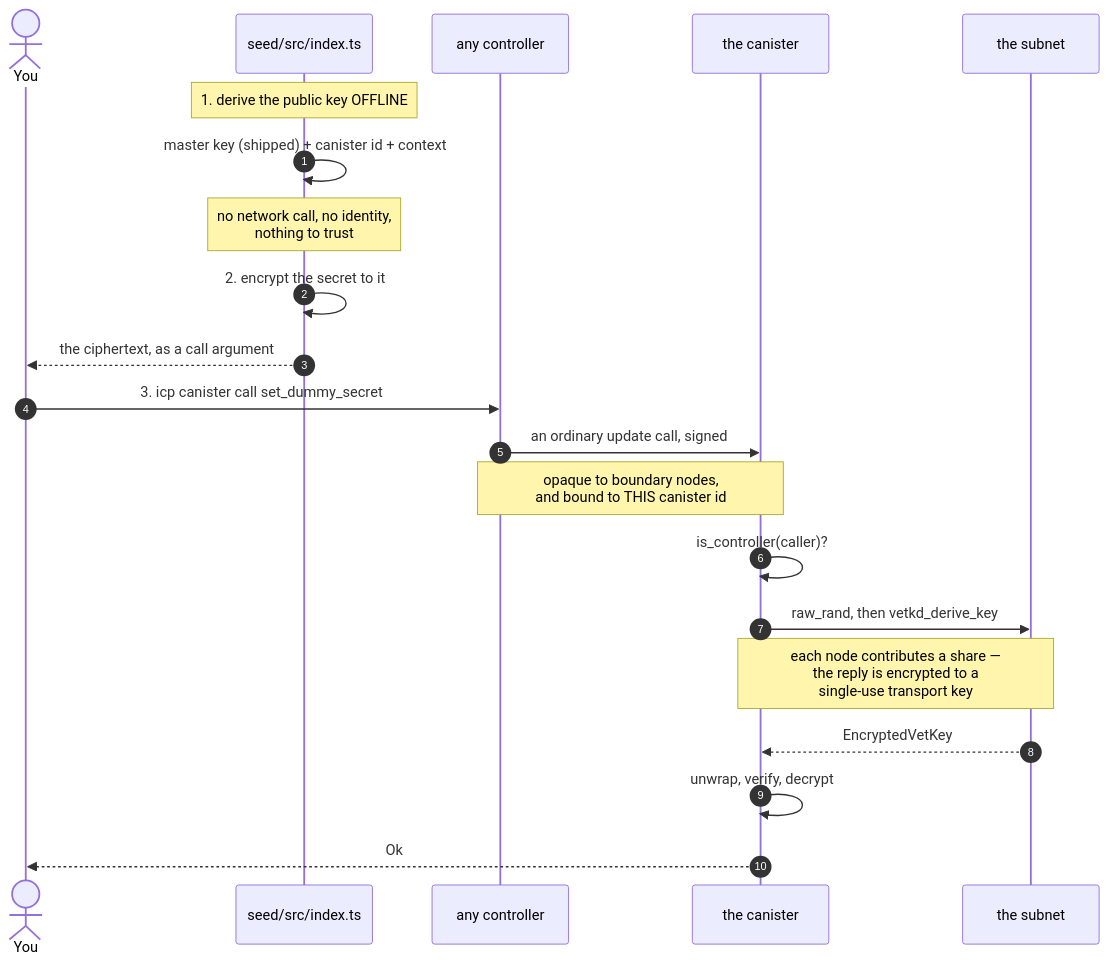
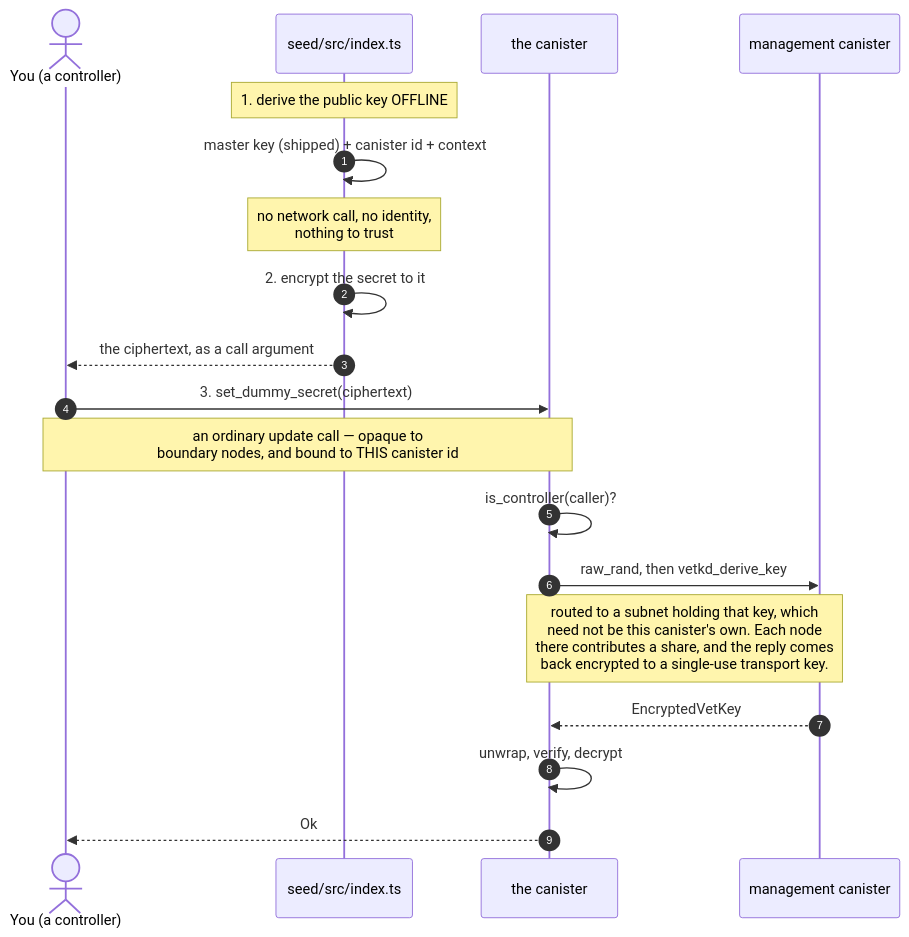
One commit to marc0olo/icp-seeding-secrets-poc changed the diagram in README.md. Above: the diagram before and after it, drawn with Mermaid. The commit also changed other lines of this file and 2 other files, not shown here.

First paragraph of the commit message:
correct the routing claim, and drop the redundant diagram participant
Two fixes, one of them a factual error I had recorded as verified.

````diff
--- a/README.md
+++ b/README.md
@@ -59,27 +59,25 @@
 ```mermaid
 sequenceDiagram
     autonumber
-    actor Dev as You
+    actor Dev as You (a controller)
     participant Script as seed/src/index.ts
-    participant Cli as any controller
     participant Can as the canister
-    participant Subnet as the subnet
+    participant Mgmt as management canister
 
     Note over Script: 1. derive the public key OFFLINE
     Script->>Script: master key (shipped) + canister id + context
     Note over Script: no network call, no identity,<br/>nothing to trust
 
     Script->>Script: 2. encrypt the secret to it
     Script-->>Dev: the ciphertext, as a call argument
 
-    Dev->>Cli: 3. icp canister call set_dummy_secret
-    Cli->>Can: an ordinary update call, signed
-    Note over Cli,Can: opaque to boundary nodes,<br/>and bound to THIS canister id
+    Dev->>Can: 3. set_dummy_secret(ciphertext)
+    Note over Dev,Can: an ordinary update call — opaque to<br/>boundary nodes, and bound to THIS canister id
     Can->>Can: is_controller(caller)?
 
-    Can->>Subnet: raw_rand, then vetkd_derive_key
-    Note over Can,Subnet: each node contributes a share —<br/>the reply is encrypted to a<br/>single-use transport key
-    Subnet-->>Can: EncryptedVetKey
+    Can->>Mgmt: raw_rand, then vetkd_derive_key
+    Note over Can,Mgmt: routed to a subnet holding that key, which<br/>need not be this canister's own. Each node<br/>there contributes a share, and the reply comes<br/>back encrypted to a single-use transport key.
+    Mgmt-->>Can: EncryptedVetKey
     Can->>Can: unwrap, verify, decrypt
     Can-->>Dev: Ok
 ```
````
